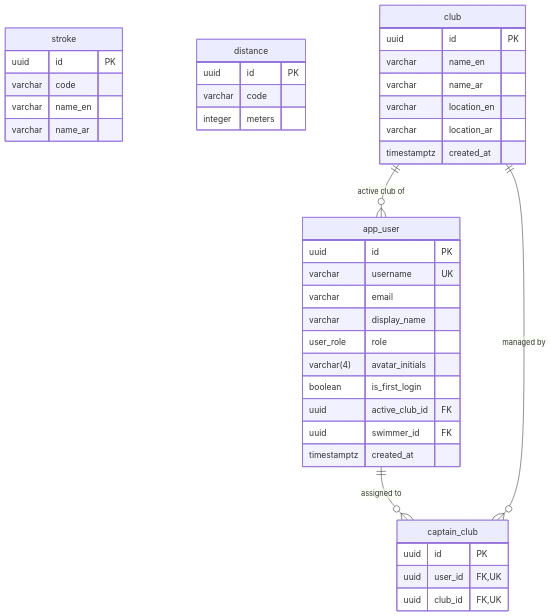
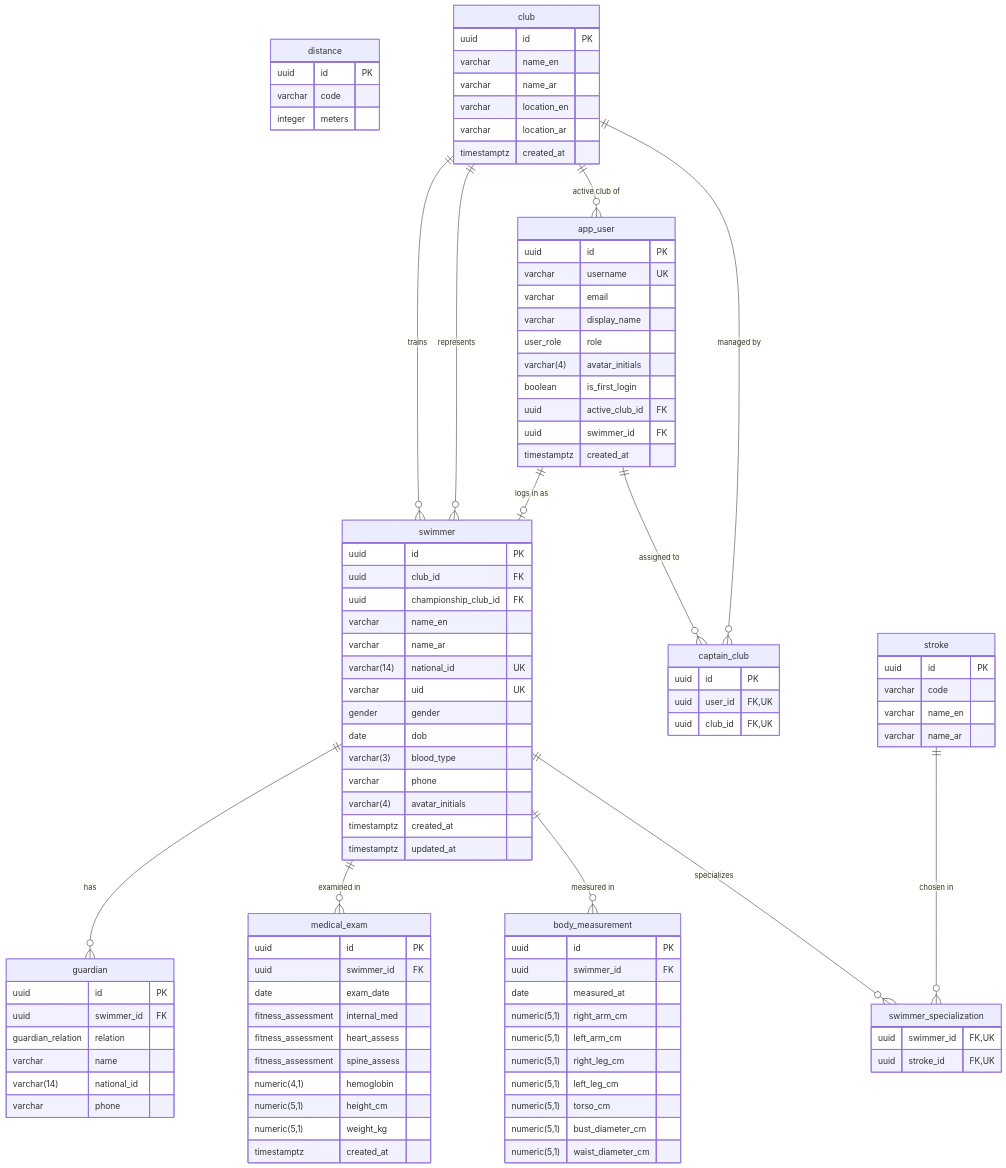
One commit to kheprx-office/Kheprx.Swimming changed the diagram in docs/references/swimming-database-diagram.mmd. Above: the diagram before and after it, drawn with Mermaid.

Commit message:
docs(erd): add Swimmers module tables + relationships

```diff
--- a/docs/references/swimming-database-diagram.mmd
+++ b/docs/references/swimming-database-diagram.mmd
@@ -1,41 +1,103 @@
 erDiagram
     stroke {
         uuid id PK
         varchar code
         varchar name_en
         varchar name_ar
     }
     distance {
         uuid id PK
         varchar code
         integer meters
     }
     club {
         uuid id PK
         varchar name_en
         varchar name_ar
         varchar location_en
         varchar location_ar
         timestamptz created_at
     }
     app_user {
         uuid id PK
         varchar username UK
         varchar email
         varchar display_name
         user_role role
         varchar(4) avatar_initials
         boolean is_first_login
         uuid active_club_id FK
         uuid swimmer_id FK
         timestamptz created_at
     }
     captain_club {
         uuid id PK
         uuid user_id FK,UK
         uuid club_id FK,UK
     }
 
     app_user ||--o{ captain_club : "assigned to"
     club ||--o{ captain_club : "managed by"
     club ||--o{ app_user : "active club of"
+
+    swimmer {
+        uuid id PK
+        uuid club_id FK
+        uuid championship_club_id FK
+        varchar name_en
+        varchar name_ar
+        varchar(14) national_id UK
+        varchar uid UK
+        gender gender
+        date dob
+        varchar(3) blood_type
+        varchar phone
+        varchar(4) avatar_initials
+        timestamptz created_at
+        timestamptz updated_at
+    }
+    guardian {
+        uuid id PK
+        uuid swimmer_id FK
+        guardian_relation relation
+        varchar name
+        varchar(14) national_id
+        varchar phone
+    }
+    medical_exam {
+        uuid id PK
+        uuid swimmer_id FK
+        date exam_date
+        fitness_assessment internal_med
+        fitness_assessment heart_assess
+        fitness_assessment spine_assess
+        numeric(4,1) hemoglobin
+        numeric(5,1) height_cm
+        numeric(5,1) weight_kg
+        timestamptz created_at
+    }
+    body_measurement {
+        uuid id PK
+        uuid swimmer_id FK
+        date measured_at
+        numeric(5,1) right_arm_cm
+        numeric(5,1) left_arm_cm
+        numeric(5,1) right_leg_cm
+        numeric(5,1) left_leg_cm
+        numeric(5,1) torso_cm
+        numeric(5,1) bust_diameter_cm
+        numeric(5,1) waist_diameter_cm
+    }
+    swimmer_specialization {
+        uuid swimmer_id FK,UK
+        uuid stroke_id FK,UK
+    }
+
+    club ||--o{ swimmer : "trains"
+    club ||--o{ swimmer : "represents"
+    app_user ||--o| swimmer : "logs in as"
+    swimmer ||--o{ guardian : "has"
+    swimmer ||--o{ medical_exam : "examined in"
+    swimmer ||--o{ body_measurement : "measured in"
+    swimmer ||--o{ swimmer_specialization : "specializes"
+    stroke ||--o{ swimmer_specialization : "chosen in"
```
